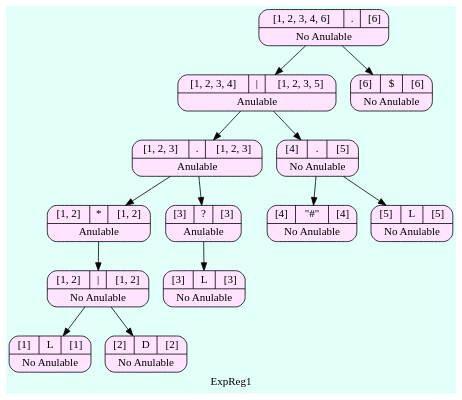
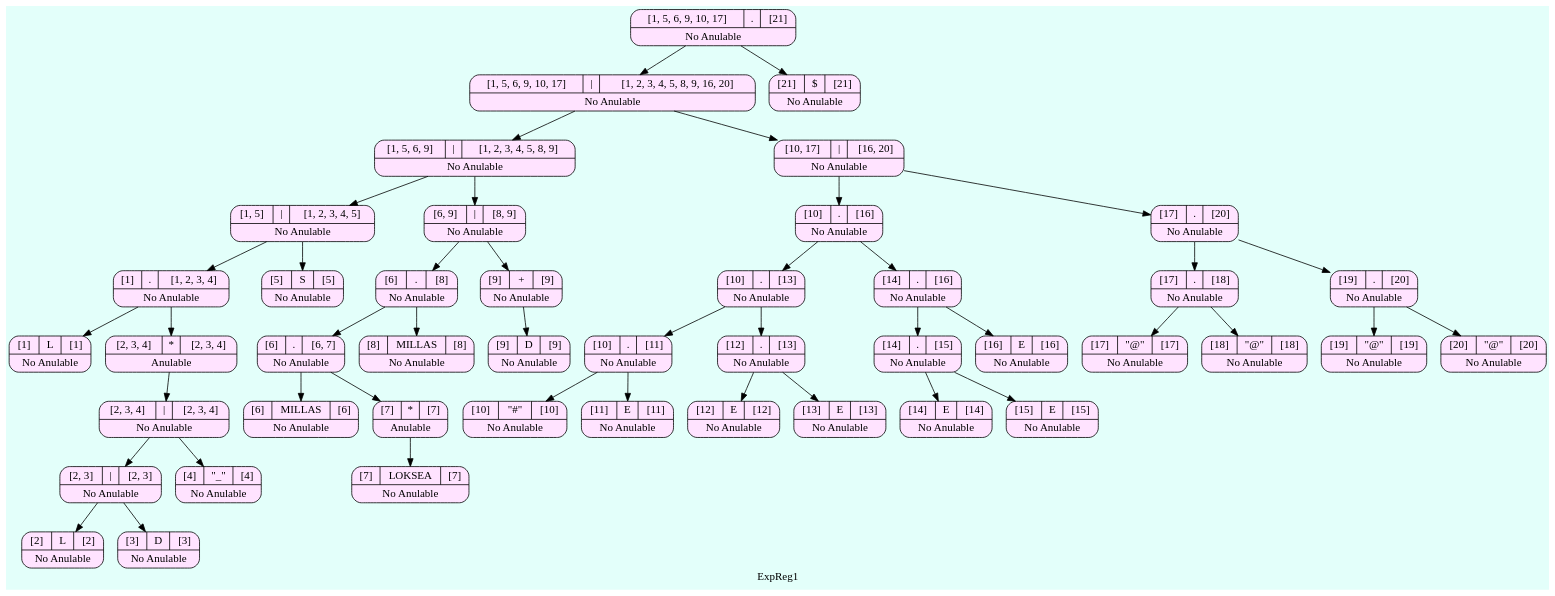
The diagram in ARBOLES_202000119/Arbol_ExpReg1.dot (SergieArizandieta/OLC1-P1-202000119), drawn with Graphviz before and after one commit. The commit also changed 73 other files, not shown here.

```diff
--- a/ARBOLES_202000119/Arbol_ExpReg1.dot
+++ b/ARBOLES_202000119/Arbol_ExpReg1.dot
@@ -1,31 +1,93 @@
 digraph structs {
   bgcolor = "#E3FFFA"
    node [shape=Mrecord fillcolor="#FFE3FF" style =filled];
 label ="ExpReg1"
-    struct1932354021    [label="{{[1, 2, 3, 4, 6]|<here>.|[6]}|No Anulable}"];
-    struct1932354021-> struct1336106727
-    struct1336106727    [label="{{[1, 2, 3, 4]|<here>\||[1, 2, 3, 5]}|Anulable}"];
-    struct1336106727-> struct68956144
-    struct68956144    [label="{{[1, 2, 3]|<here>.|[1, 2, 3]}|Anulable}"];
-    struct68956144-> struct685494134
-    struct685494134    [label="{{[1, 2]|<here>*|[1, 2]}|Anulable}"];
-    struct685494134-> struct811704769
-    struct811704769    [label="{{[1, 2]|<here>\||[1, 2]}|No Anulable}"];
-    struct811704769-> struct1700824396
-    struct1700824396    [label="{{[1]|<here>L|[1]}|No Anulable}"];
-    struct811704769-> struct15095231
-    struct15095231    [label="{{[2]|<here>D|[2]}|No Anulable}"];
-    struct68956144-> struct1991281322
-    struct1991281322    [label="{{[3]|<here>?|[3]}|Anulable}"];
-    struct1991281322-> struct1264734740
-    struct1264734740    [label="{{[3]|<here>L|[3]}|No Anulable}"];
-    struct1336106727-> struct717878481
-    struct717878481    [label="{{[4]|<here>.|[5]}|No Anulable}"];
-    struct717878481-> struct414189466
-    struct414189466    [label="{{[4]|<here>\"#\"|[4]}|No Anulable}"];
-    struct717878481-> struct1780952060
-    struct1780952060    [label="{{[5]|<here>L|[5]}|No Anulable}"];
-    struct1932354021-> struct864826974
-    struct864826974    [label="{{[6]|<here>$|[6]}|No Anulable}"];
+    struct774361188    [label="{{[1, 5, 6, 9, 10, 17]|<here>.|[21]}|No Anulable}"];
+    struct774361188-> struct1250427783
+    struct1250427783    [label="{{[1, 5, 6, 9, 10, 17]|<here>\||[1, 2, 3, 4, 5, 8, 9, 16, 20]}|No Anulable}"];
+    struct1250427783-> struct232290590
+    struct232290590    [label="{{[1, 5, 6, 9]|<here>\||[1, 2, 3, 4, 5, 8, 9]}|No Anulable}"];
+    struct232290590-> struct746348495
+    struct746348495    [label="{{[1, 5]|<here>\||[1, 2, 3, 4, 5]}|No Anulable}"];
+    struct746348495-> struct1011359444
+    struct1011359444    [label="{{[1]|<here>.|[1, 2, 3, 4]}|No Anulable}"];
+    struct1011359444-> struct911652577
+    struct911652577    [label="{{[1]|<here>L|[1]}|No Anulable}"];
+    struct1011359444-> struct2013804988
+    struct2013804988    [label="{{[2, 3, 4]|<here>*|[2, 3, 4]}|Anulable}"];
+    struct2013804988-> struct918848341
+    struct918848341    [label="{{[2, 3, 4]|<here>\||[2, 3, 4]}|No Anulable}"];
+    struct918848341-> struct1241945575
+    struct1241945575    [label="{{[2, 3]|<here>\||[2, 3]}|No Anulable}"];
+    struct1241945575-> struct1239733240
+    struct1239733240    [label="{{[2]|<here>L|[2]}|No Anulable}"];
+    struct1241945575-> struct1889064609
+    struct1889064609    [label="{{[3]|<here>D|[3]}|No Anulable}"];
+    struct918848341-> struct1658072524
+    struct1658072524    [label="{{[4]|<here>\"_\"|[4]}|No Anulable}"];
+    struct746348495-> struct478361052
+    struct478361052    [label="{{[5]|<here>S|[5]}|No Anulable}"];
+    struct232290590-> struct1930911399
+    struct1930911399    [label="{{[6, 9]|<here>\||[8, 9]}|No Anulable}"];
+    struct1930911399-> struct1166848954
+    struct1166848954    [label="{{[6]|<here>.|[8]}|No Anulable}"];
+    struct1166848954-> struct108350602
+    struct108350602    [label="{{[6]|<here>.|[6, 7]}|No Anulable}"];
+    struct108350602-> struct56472653
+    struct56472653    [label="{{[6]|<here>MILLAS|[6]}|No Anulable}"];
+    struct108350602-> struct1257648359
+    struct1257648359    [label="{{[7]|<here>*|[7]}|Anulable}"];
+    struct1257648359-> struct1791445856
+    struct1791445856    [label="{{[7]|<here>LOKSEA|[7]}|No Anulable}"];
+    struct1166848954-> struct1182419886
+    struct1182419886    [label="{{[8]|<here>MILLAS|[8]}|No Anulable}"];
+    struct1930911399-> struct678129904
+    struct678129904    [label="{{[9]|<here>+|[9]}|No Anulable}"];
+    struct678129904-> struct1407257618
+    struct1407257618    [label="{{[9]|<here>D|[9]}|No Anulable}"];
+    struct1250427783-> struct53330245
+    struct53330245    [label="{{[10, 17]|<here>\||[16, 20]}|No Anulable}"];
+    struct53330245-> struct387894709
+    struct387894709    [label="{{[10]|<here>.|[16]}|No Anulable}"];
+    struct387894709-> struct1686225750
+    struct1686225750    [label="{{[10]|<here>.|[13]}|No Anulable}"];
+    struct1686225750-> struct1071366728
+    struct1071366728    [label="{{[10]|<here>.|[11]}|No Anulable}"];
+    struct1071366728-> struct1376848671
+    struct1376848671    [label="{{[10]|<here>\"#\"|[10]}|No Anulable}"];
+    struct1071366728-> struct855836557
+    struct855836557    [label="{{[11]|<here>E|[11]}|No Anulable}"];
+    struct1686225750-> struct1500707272
+    struct1500707272    [label="{{[12]|<here>.|[13]}|No Anulable}"];
+    struct1500707272-> struct945469740
+    struct945469740    [label="{{[12]|<here>E|[12]}|No Anulable}"];
+    struct1500707272-> struct1648956619
+    struct1648956619    [label="{{[13]|<here>E|[13]}|No Anulable}"];
+    struct387894709-> struct1239242848
+    struct1239242848    [label="{{[14]|<here>.|[16]}|No Anulable}"];
+    struct1239242848-> struct128930858
+    struct128930858    [label="{{[14]|<here>.|[15]}|No Anulable}"];
+    struct128930858-> struct1783696938
+    struct1783696938    [label="{{[14]|<here>E|[14]}|No Anulable}"];
+    struct128930858-> struct1075097831
+    struct1075097831    [label="{{[15]|<here>E|[15]}|No Anulable}"];
+    struct1239242848-> struct1672085213
+    struct1672085213    [label="{{[16]|<here>E|[16]}|No Anulable}"];
+    struct53330245-> struct509274246
+    struct509274246    [label="{{[17]|<here>.|[20]}|No Anulable}"];
+    struct509274246-> struct2081985849
+    struct2081985849    [label="{{[17]|<here>.|[18]}|No Anulable}"];
+    struct2081985849-> struct426672597
+    struct426672597    [label="{{[17]|<here>\"@\"|[17]}|No Anulable}"];
+    struct2081985849-> struct899537715
+    struct899537715    [label="{{[18]|<here>\"@\"|[18]}|No Anulable}"];
+    struct509274246-> struct2085231582
+    struct2085231582    [label="{{[19]|<here>.|[20]}|No Anulable}"];
+    struct2085231582-> struct1145301043
+    struct1145301043    [label="{{[19]|<here>\"@\"|[19]}|No Anulable}"];
+    struct2085231582-> struct701409607
+    struct701409607    [label="{{[20]|<here>\"@\"|[20]}|No Anulable}"];
+    struct774361188-> struct1917958926
+    struct1917958926    [label="{{[21]|<here>$|[21]}|No Anulable}"];
 
 }
```
